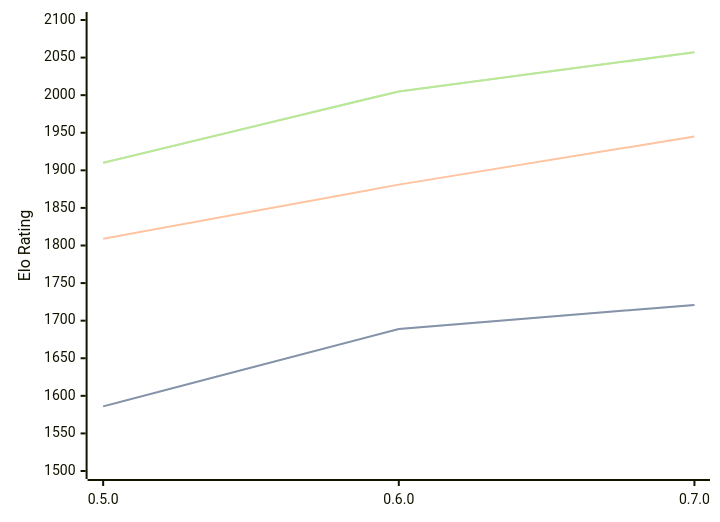
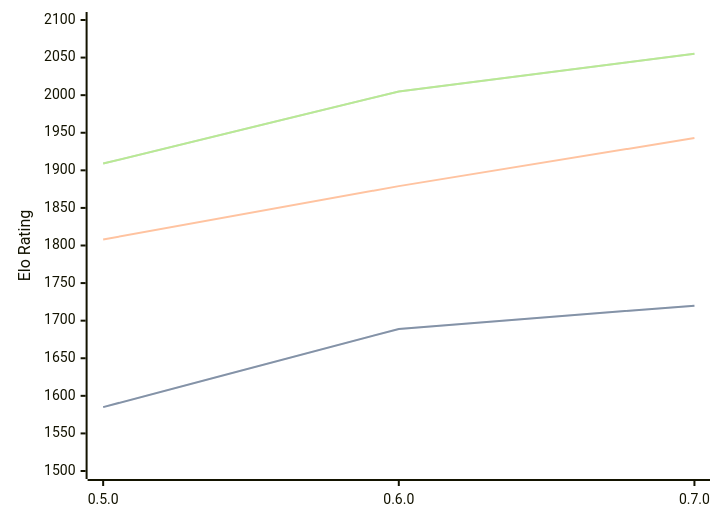
Before and after one commit to computer-chess-index/cci: the diagram in engines/Chess-rs.md, drawn with Mermaid. The commit also changed other lines of this file, not shown here.

Commit message:
Update CCI Ratings (ELO VLTC) - 2026-04-06

````diff
--- a/engines/Chess-rs.md
+++ b/engines/Chess-rs.md
@@ -41,11 +41,11 @@
 ```mermaid
 %%{init: {"theme":"base","themeVariables":{"seriesColors:['#a3a3a3','#222221','#faa371']}}}%%
 xychart-beta
   x-axis ["0.5.0", "0.6.0", "0.7.0"]
   y-axis "Elo Rating" 1500 --> 2100
-  line "STC (8.0+0.08s)" [1586, 1689, 1721]
-  line "STC (8.0+0.08s)" [1586, 1689, 1721]
-  line "LTC (60.0+0.60s)" [1809, 1881, 1945]
-  line "VLTC (2m24s+1.12s)" [1910, 2005, 2057]
-  line "VLTC (2m24s+1.12s)" [1910, 2005, 2057]
+  line "STC (8.0+0.08s)" [1585, 1689, 1720]
+  line "STC (8.0+0.08s)" [1585, 1689, 1720]
+  line "LTC (60.0+0.60s)" [1808, 1879, 1943]
+  line "VLTC (2m24s+1.12s)" [1909, 2005, 2055]
+  line "VLTC (2m24s+1.12s)" [1909, 2005, 2055]
 ```
````
